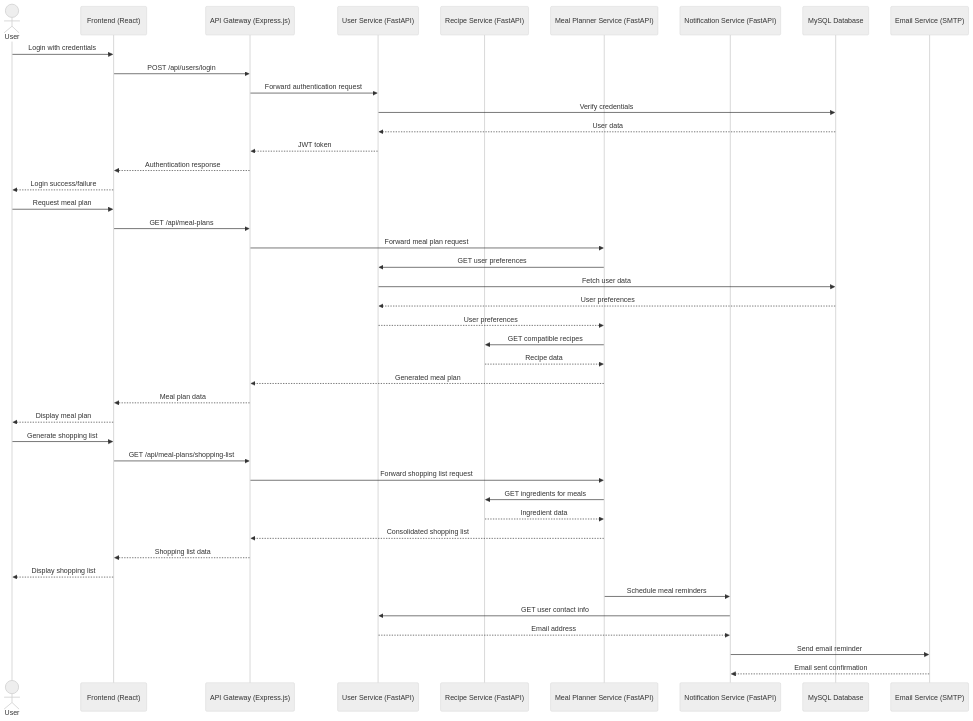
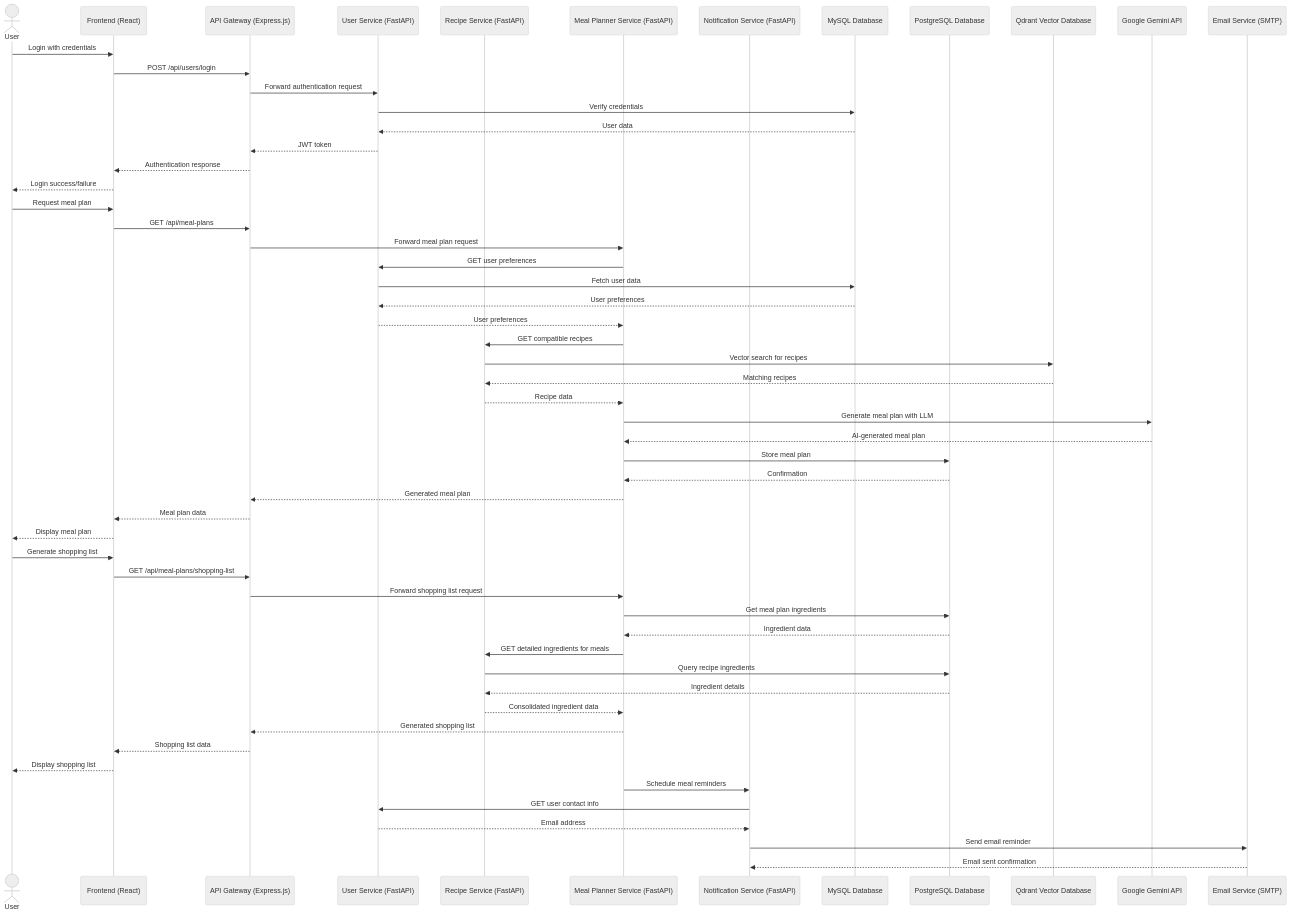
Before and after one commit to benes0508/MealMateAI: the second of 6 diagrams in docs/architecture-diagram.md, drawn with Mermaid (neutral theme). The commit also changed other lines of this file and 1 other file, not shown here.

````diff
--- a/docs/architecture-diagram.md
+++ b/docs/architecture-diagram.md
@@ -94,53 +98,66 @@
 ```mermaid
 sequenceDiagram
     actor User
     participant Frontend as Frontend (React)
     participant Gateway as API Gateway (Express.js)
     participant UserSvc as User Service (FastAPI)
     participant RecipeSvc as Recipe Service (FastAPI)
     participant MealSvc as Meal Planner Service (FastAPI)
     participant NotifSvc as Notification Service (FastAPI)
     participant UserDB as MySQL Database
+    participant PostgresDB as PostgreSQL Database
+    participant QdrantDB as Qdrant Vector Database
+    participant GeminiAPI as Google Gemini API
     participant EmailSvc as Email Service (SMTP)
     
     %% User authentication flow
     User->>Frontend: Login with credentials
     Frontend->>Gateway: POST /api/users/login
     Gateway->>UserSvc: Forward authentication request
     UserSvc->>UserDB: Verify credentials
     UserDB-->>UserSvc: User data
     UserSvc-->>Gateway: JWT token
     Gateway-->>Frontend: Authentication response
     Frontend-->>User: Login success/failure
     
     %% Meal planning flow
     User->>Frontend: Request meal plan
     Frontend->>Gateway: GET /api/meal-plans
     Gateway->>MealSvc: Forward meal plan request
     MealSvc->>UserSvc: GET user preferences
     UserSvc->>UserDB: Fetch user data
     UserDB-->>UserSvc: User preferences
     UserSvc-->>MealSvc: User preferences
     MealSvc->>RecipeSvc: GET compatible recipes
+    RecipeSvc->>QdrantDB: Vector search for recipes
+    QdrantDB-->>RecipeSvc: Matching recipes
     RecipeSvc-->>MealSvc: Recipe data
+    MealSvc->>GeminiAPI: Generate meal plan with LLM
+    GeminiAPI-->>MealSvc: AI-generated meal plan
+    MealSvc->>PostgresDB: Store meal plan
+    PostgresDB-->>MealSvc: Confirmation
     MealSvc-->>Gateway: Generated meal plan
     Gateway-->>Frontend: Meal plan data
     Frontend-->>User: Display meal plan
     
     %% Shopping list generation
     User->>Frontend: Generate shopping list
     Frontend->>Gateway: GET /api/meal-plans/shopping-list
     Gateway->>MealSvc: Forward shopping list request
-    MealSvc->>RecipeSvc: GET ingredients for meals
-    RecipeSvc-->>MealSvc: Ingredient data
-    MealSvc-->>Gateway: Consolidated shopping list
+    MealSvc->>PostgresDB: Get meal plan ingredients
+    PostgresDB-->>MealSvc: Ingredient data
+    MealSvc->>RecipeSvc: GET detailed ingredients for meals
+    RecipeSvc->>PostgresDB: Query recipe ingredients
+    PostgresDB-->>RecipeSvc: Ingredient details
+    RecipeSvc-->>MealSvc: Consolidated ingredient data
+    MealSvc-->>Gateway: Generated shopping list
     Gateway-->>Frontend: Shopping list data
     Frontend-->>User: Display shopping list
     
     %% Notification scheduling
     MealSvc->>NotifSvc: Schedule meal reminders
     NotifSvc->>UserSvc: GET user contact info
     UserSvc-->>NotifSvc: Email address
     NotifSvc->>EmailSvc: Send email reminder
     EmailSvc-->>NotifSvc: Email sent confirmation
 ```
````
